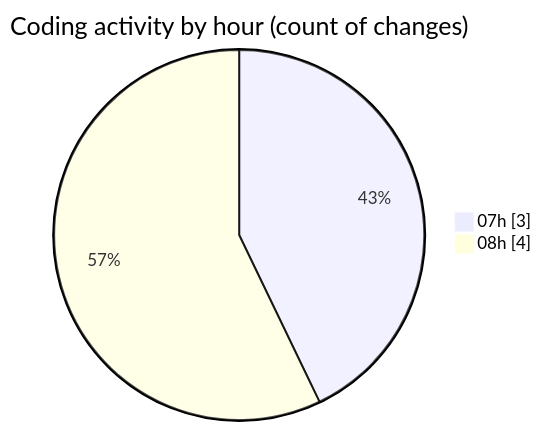
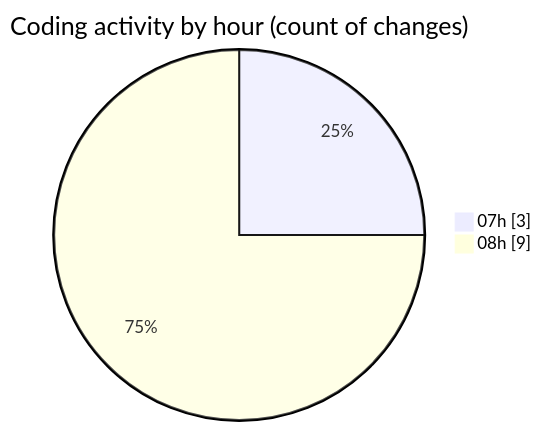
Before and after one commit to MatusMokan/code-tracking: the second of 2 diagrams in 2025-05-07/myws__workspace_/README.md, drawn with Mermaid. The commit also changed other lines of this file and 1 other file, not shown here.

````diff
--- a/2025-05-07/myws__workspace_/README.md
+++ b/2025-05-07/myws__workspace_/README.md
@@ -28,6 +28,6 @@
 ```mermaid
 pie showData
 title Coding activity by hour (count of changes)
 "07h" : 3
-"08h" : 4
+"08h" : 9
 ```
````
